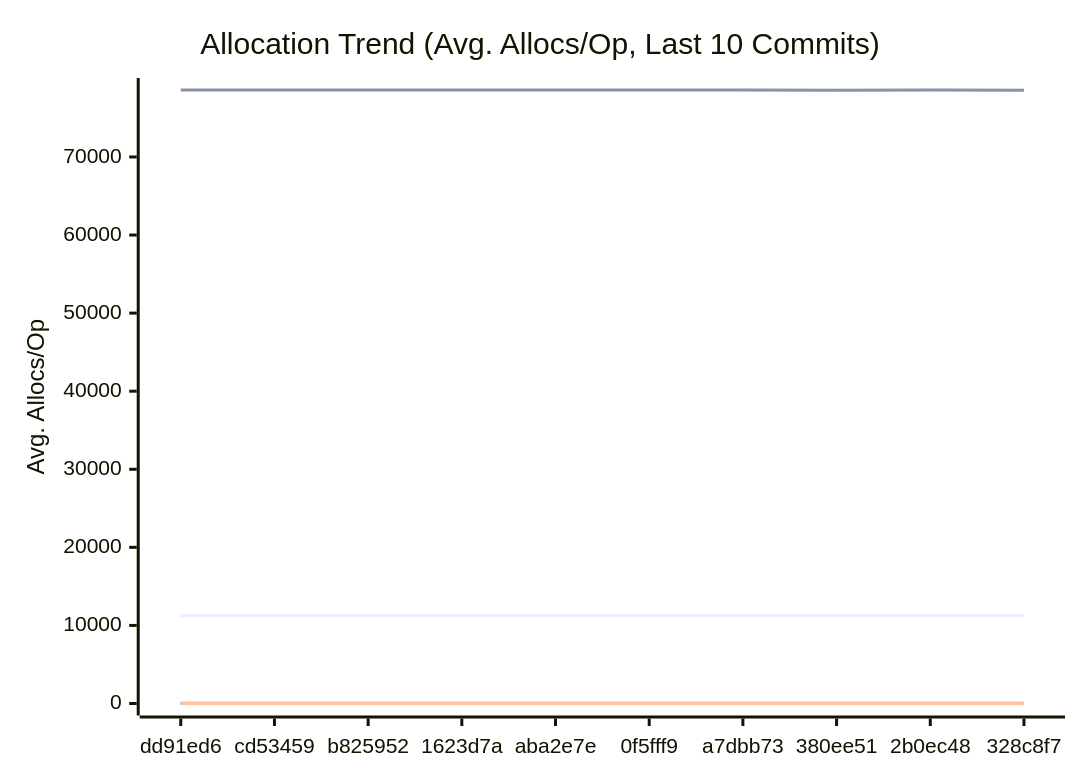
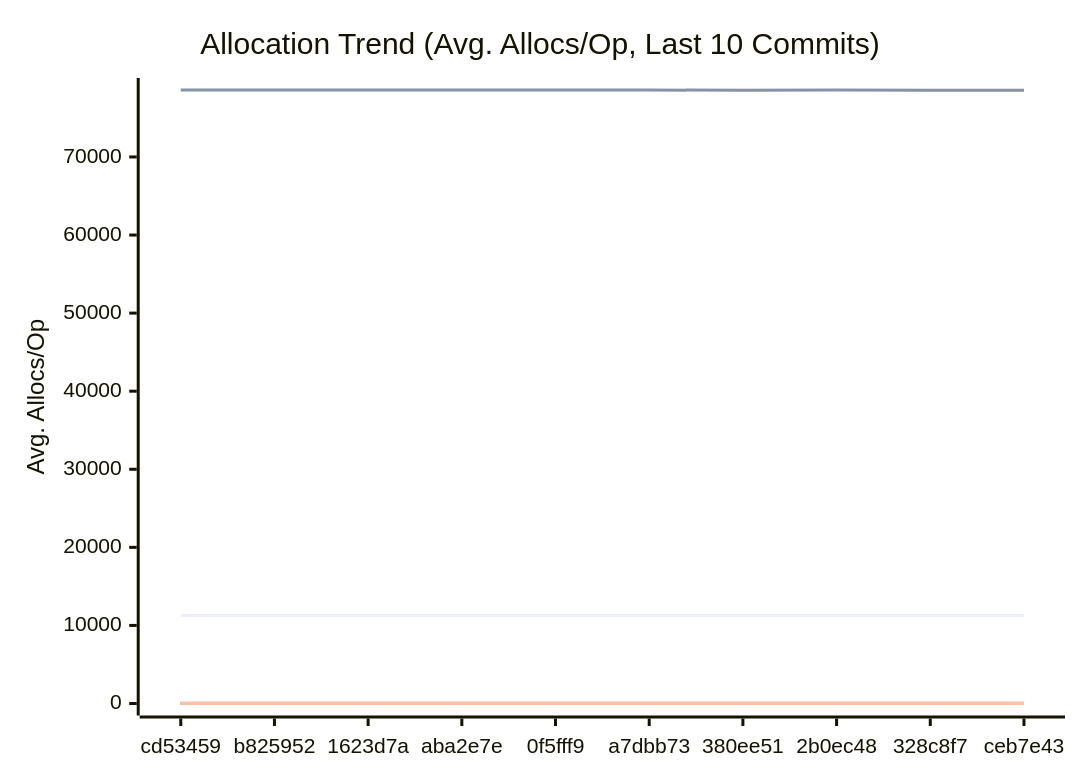
Before and after one commit to alsotoes/momo: the third of 3 diagrams in docs/PERFORMANCE.md, drawn with Mermaid. The commit also changed other lines of this file and 5 other files, not shown here.

````diff
--- a/docs/PERFORMANCE.md
+++ b/docs/PERFORMANCE.md
@@ -197,20 +197,20 @@
 ```mermaid
 xychart-beta
     title "Allocation Trend (Avg. Allocs/Op, Last 10 Commits)"
     x-axis "Commit"
     y-axis "Avg. Allocs/Op"
-    x-axis [dd91ed6,cd53459,b825952,1623d7a,aba2e7e,0f5fff9,a7dbb73,380ee51,2b0ec48,328c8f7]
-    line "AWSChunkedReaderSigned" [11271,11265,11282,11278,11284,11272,11270,11273,11273,11279]
-    line "AWSChunkedReaderUnsigned" [78564,78564,78577,78562,78561,78569,78563,78558,78562,78559]
+    x-axis [cd53459,b825952,1623d7a,aba2e7e,0f5fff9,a7dbb73,380ee51,2b0ec48,328c8f7,ceb7e43]
+    line "AWSChunkedReaderSigned" [11265,11282,11278,11284,11272,11270,11273,11273,11279,11281]
+    line "AWSChunkedReaderUnsigned" [78564,78577,78562,78561,78569,78563,78558,78562,78559,78557]
     line "CheckMetricsAndSwap" [0,0,0,0,0,0,0,0,0,0]
     line "CrushOptimized" [0,0,0,0,0,0,0,0,0,0]
     line "CrushOriginal" [3,3,3,3,3,3,3,3,3,3]
     line "IndexDirectTracking" [0,0,0,0,0,0,0,0,0,0]
     line "IndexSearch" [0,0,0,0,0,0,0,0,0,0]
     line "LoadGlobalConfig" [54,54,54,54,54,54,54,54,54,54]
     line "PadString" [1,1,1,1,1,1,1,1,1,1]
     line "ParseReplicationOrder_NoPrealloc" [6,6,6,6,6,5,5,5,5,5]
     line "ParseReplicationOrder_Prealloc" [2,2,2,2,2,1,1,1,1,1]
     line "SanitizeLog/Safe" [0,0,0,0,0,0,0,0,0,0]
     line "SanitizeLog/Unsafe" [1,1,1,1,1,1,1,1,1,1]
 ```
````
